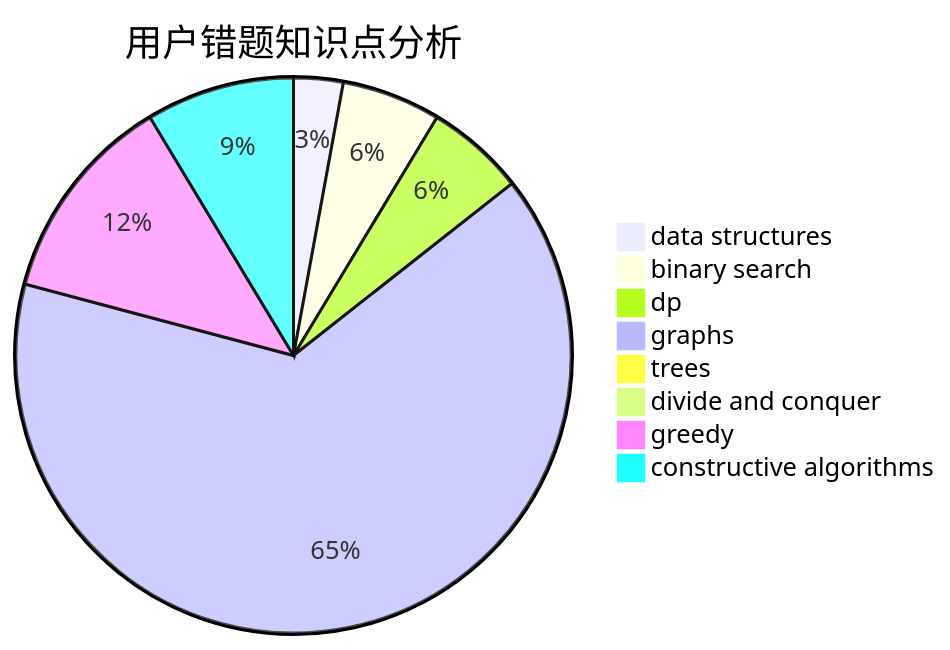
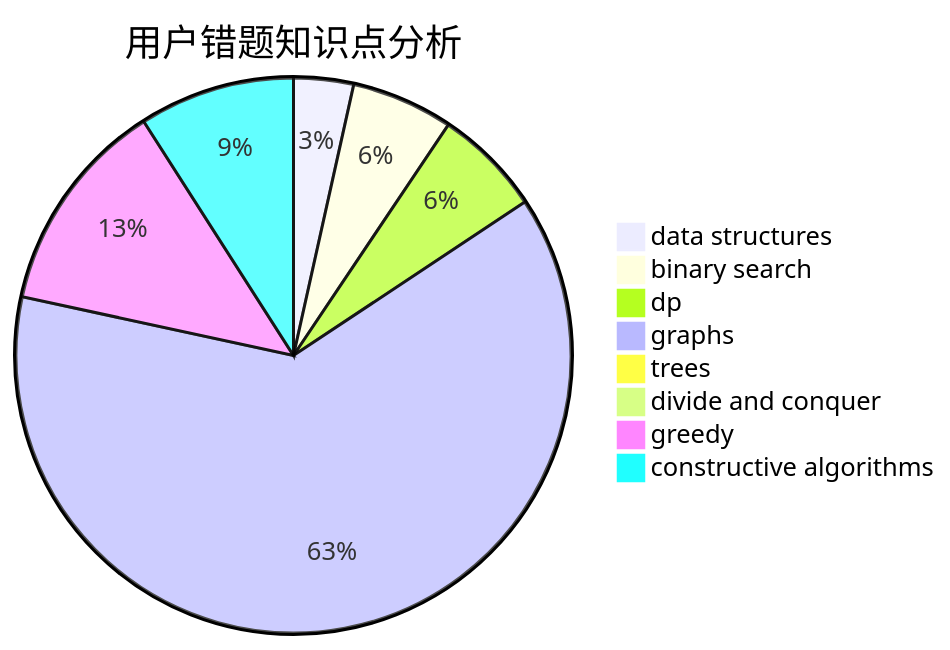
One commit to sherpahu/cfrs.github.io changed the third of 3 diagrams in docs/user/u1825.md. Above: the diagram before and after it, drawn with Mermaid. The commit also changed other lines of this file and 2770 other files, not shown here.

````diff
--- a/docs/user/u1825.md
+++ b/docs/user/u1825.md
@@ -36,11 +36,11 @@
 ```mermaid
 pie title 用户错题知识点分析
-    "data structures" :  8
-    "binary search" :  16
-    "dp" :  16
+    "data structures" :  10
+    "binary search" :  17
+    "dp" :  18
     "graphs" :  180
     "trees" :  0
     "divide and conquer" :  0
-    "greedy" :  34
-    "constructive algorithms" :  24
+    "greedy" :  36
+    "constructive algorithms" :  26
 ```
````
